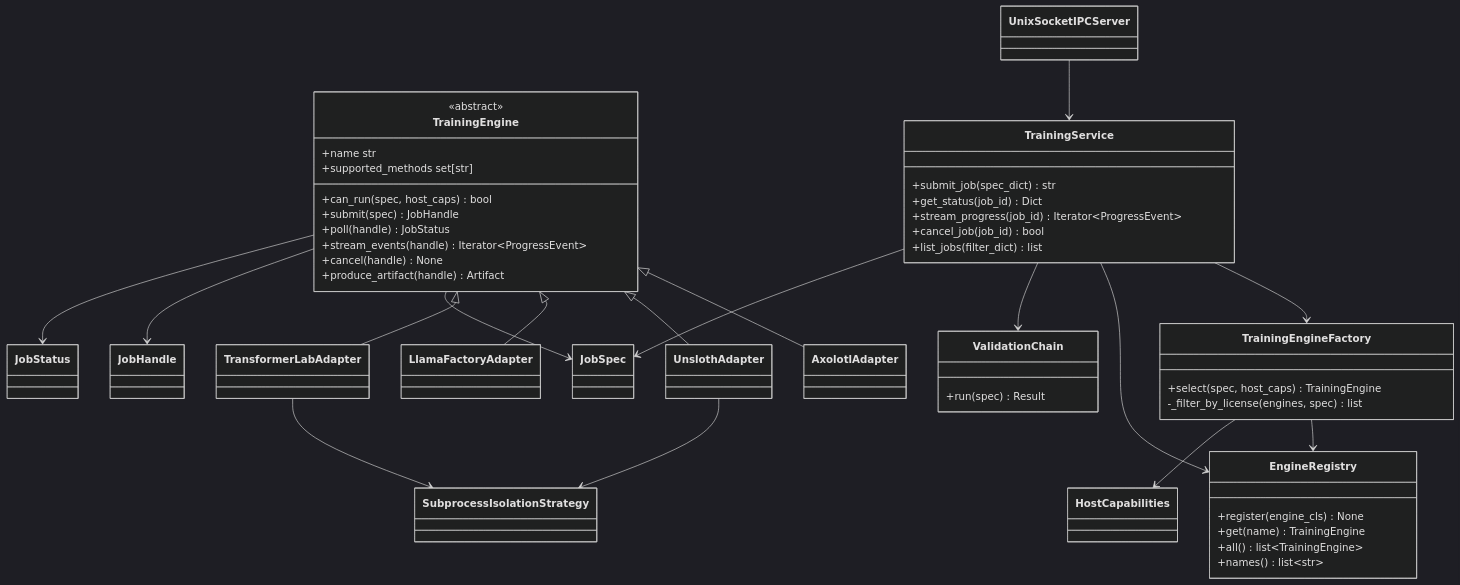
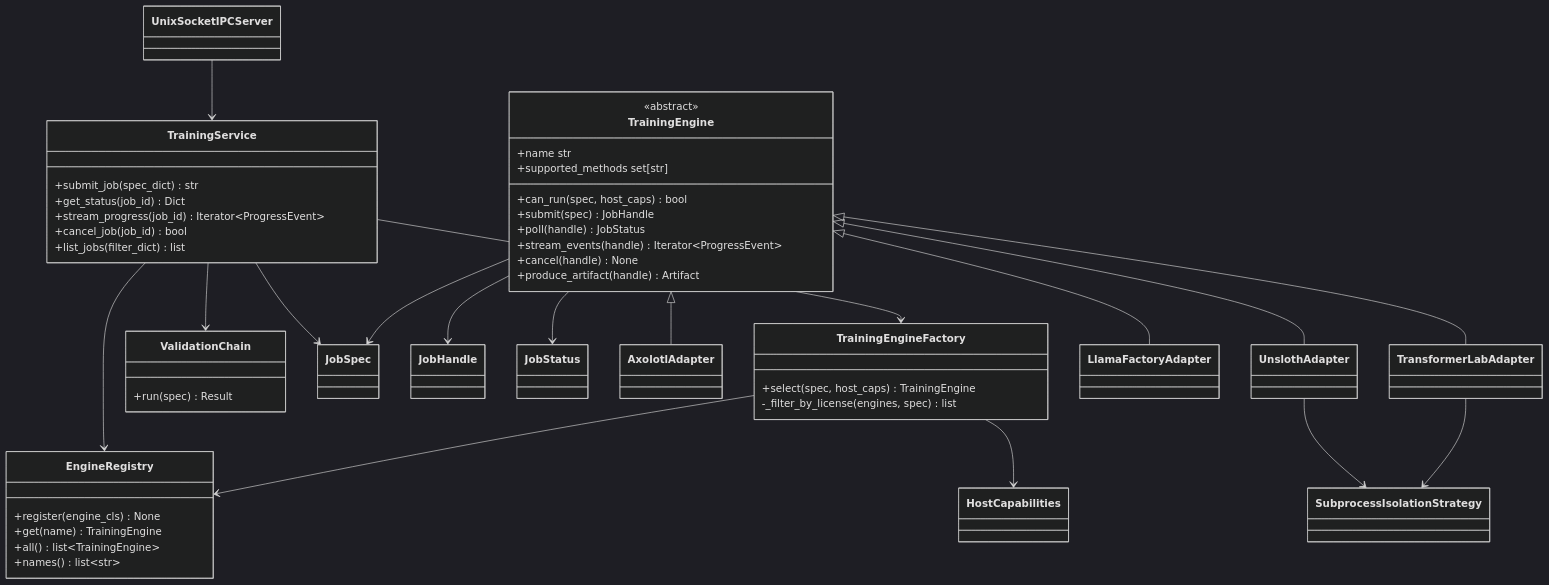
The third of 8 diagrams in training/README.md (Smainer/smainer), drawn with Mermaid (dark theme) before and after one commit. The commit also changed other lines of this file and 5 other files, not shown here.

Commit message:
feat(training): document pricing and harden ipc startup flow

````diff
--- a/training/README.md
+++ b/training/README.md
@@ -138,68 +149,67 @@
 ```mermaid
 classDiagram
   class TrainingEngine {
     <<abstract>>
     +name str
     +supported_methods set[str]
     +can_run(spec, host_caps) bool
     +submit(spec) JobHandle
     +poll(handle) JobStatus
     +stream_events(handle) Iterator~ProgressEvent~
     +cancel(handle) None
     +produce_artifact(handle) Artifact
   }
-
-  class AxolotlAdapter
-  class UnslothAdapter
-  class LlamaFactoryAdapter
-  class TransformerLabAdapter
-
-  TrainingEngine <|-- AxolotlAdapter
-  TrainingEngine <|-- UnslothAdapter
-  TrainingEngine <|-- LlamaFactoryAdapter
-  TrainingEngine <|-- TransformerLabAdapter
 
   class TrainingService {
     +submit_job(spec_dict) str
     +get_status(job_id) Dict
     +stream_progress(job_id) Iterator~ProgressEvent~
     +cancel_job(job_id) bool
     +list_jobs(filter_dict) list
   }
 
   class TrainingEngineFactory {
     +select(spec, host_caps) TrainingEngine
     -_filter_by_license(engines, spec) list
   }
 
   class EngineRegistry {
     +register(engine_cls) None
     +get(name) TrainingEngine
     +all() list~TrainingEngine~
     +names() list~str~
   }
 
   class ValidationChain {
     +run(spec) Result
   }
 
   class JobSpec
   class HostCapabilities
   class JobHandle
   class JobStatus
   class SubprocessIsolationStrategy
   class UnixSocketIPCServer
+  class AxolotlAdapter
+  class UnslothAdapter
+  class LlamaFactoryAdapter
+  class TransformerLabAdapter
+
+  TrainingEngine <|-- AxolotlAdapter
+  TrainingEngine <|-- UnslothAdapter
+  TrainingEngine <|-- LlamaFactoryAdapter
+  TrainingEngine <|-- TransformerLabAdapter
 
   TrainingService --> TrainingEngineFactory
   TrainingService --> EngineRegistry
   TrainingService --> ValidationChain
   TrainingService --> JobSpec
   TrainingEngineFactory --> EngineRegistry
   TrainingEngineFactory --> HostCapabilities
   TrainingEngine --> JobSpec
   TrainingEngine --> JobHandle
   TrainingEngine --> JobStatus
   UnslothAdapter --> SubprocessIsolationStrategy
   TransformerLabAdapter --> SubprocessIsolationStrategy
   UnixSocketIPCServer --> TrainingService
 ```
````
